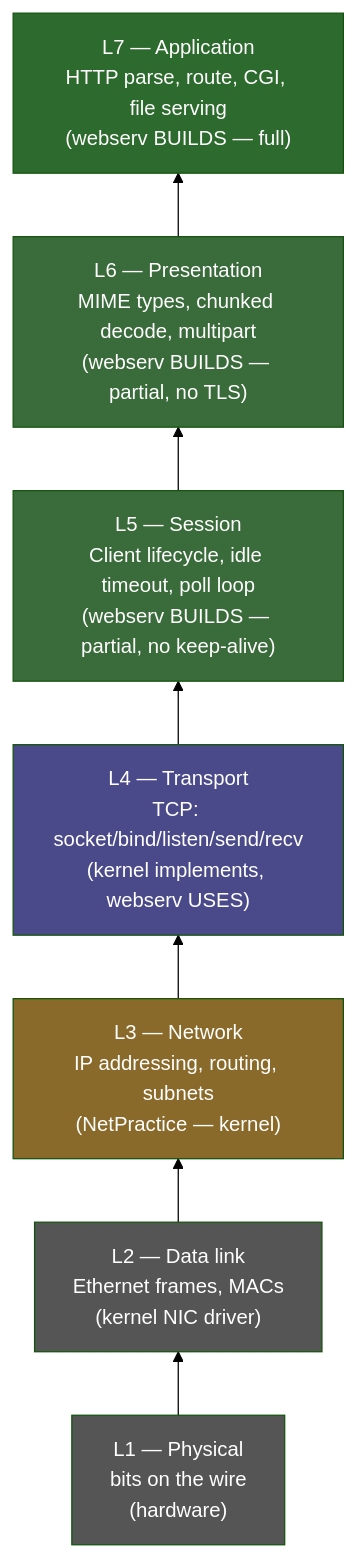
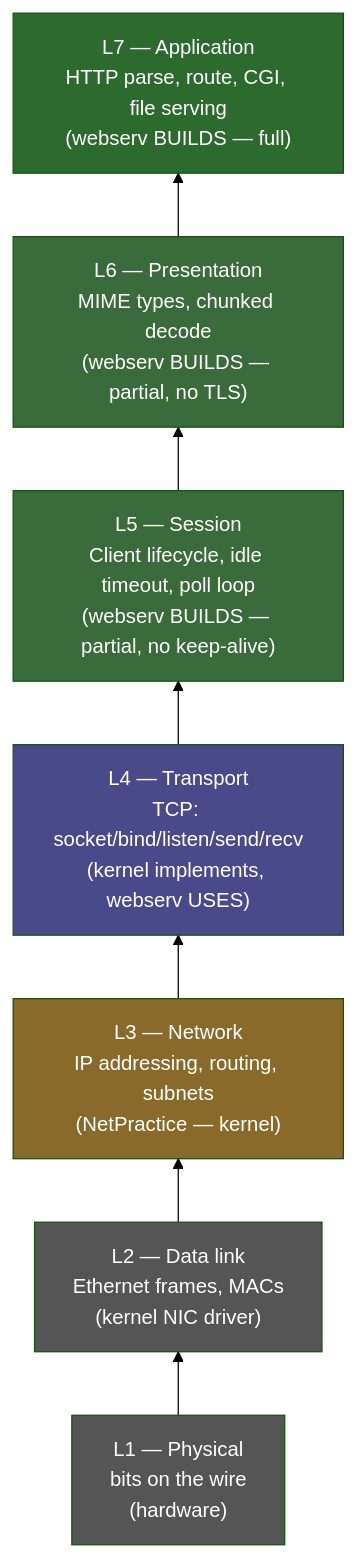
One commit to Ghazaleh-ans/webserv changed the seventh of 8 diagrams in README.md. Above: the diagram before and after it, drawn with Mermaid (forest theme). The commit also changed other lines of this file and 9 other files, not shown here.

````diff
--- a/README.md
+++ b/README.md
@@ -304,20 +304,20 @@
 ```mermaid
 graph BT
     L1["L1 — Physical\nbits on the wire\n(hardware)"]
     L2["L2 — Data link\nEthernet frames, MACs\n(kernel NIC driver)"]
     L3["L3 — Network\nIP addressing, routing, subnets\n(NetPractice — kernel)"]
     L4["L4 — Transport\nTCP: socket/bind/listen/send/recv\n(kernel implements, webserv USES)"]
     L5["L5 — Session\nClient lifecycle, idle timeout, poll loop\n(webserv BUILDS — partial, no keep-alive)"]
-    L6["L6 — Presentation\nMIME types, chunked decode, multipart\n(webserv BUILDS — partial, no TLS)"]
+    L6["L6 — Presentation\nMIME types, chunked decode\n(webserv BUILDS — partial, no TLS)"]
     L7["L7 — Application\nHTTP parse, route, CGI, file serving\n(webserv BUILDS — full)"]
 
     L1 --> L2 --> L3 --> L4 --> L5 --> L6 --> L7
 
     style L7 fill:#2d6a2d,color:#fff
     style L6 fill:#3a6b3a,color:#fff
     style L5 fill:#3a6b3a,color:#fff
     style L4 fill:#4a4a8a,color:#fff
     style L3 fill:#8a6a2a,color:#fff
     style L2 fill:#555,color:#fff
     style L1 fill:#555,color:#fff
 ```
````
